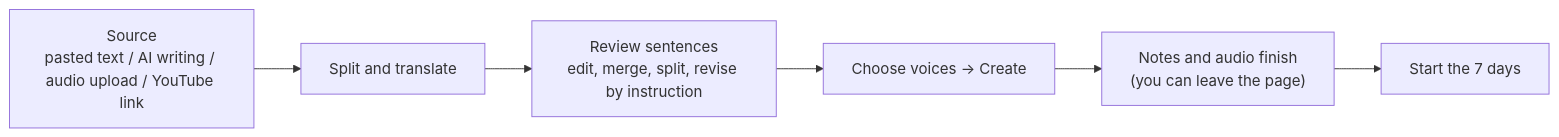
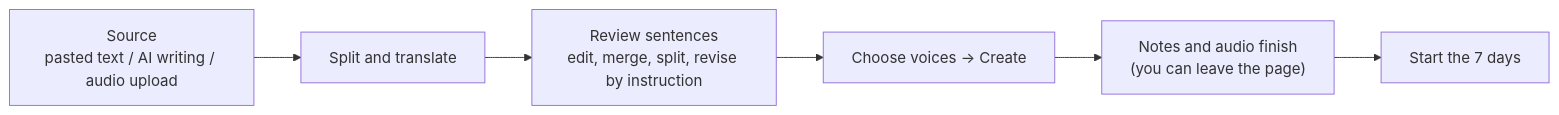
Before and after one commit to YA-CIAO-LIANG/listenloop: the second of 2 diagrams in docs/system/en/user.md, drawn with Mermaid. The commit also changed other lines of this file and 18 other files, not shown here.

First line of the commit message:
feat: 暫停「YouTube 貼連結建立練習」（功能開關，D131） (#171)

````diff
--- a/docs/system/en/user.md
+++ b/docs/system/en/user.md
@@ -160,8 +160,8 @@
 ```mermaid
 flowchart LR
-  A["Source\npasted text / AI writing / audio upload / YouTube link"] --> B["Split and translate"]
+  A["Source\npasted text / AI writing / audio upload"] --> B["Split and translate"]
   B --> C["Review sentences\nedit, merge, split, revise by instruction"]
   C --> D["Choose voices → Create"]
   D --> E["Notes and audio finish\n(you can leave the page)"]
   E --> F["Start the 7 days"]
 ```
````
